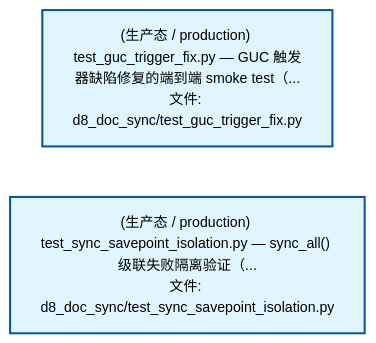
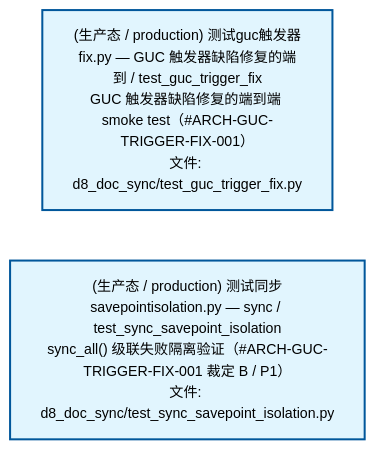
The second of 4 diagrams in docs/02_enterprise_architecture/02_domain_architecture_docs/51_d_gov_docs.md (xuanFelixVan/ZephyrAlpha), drawn with Mermaid before and after one commit. The commit also changed other lines of this file and 60 other files, not shown here.

````diff
--- a/docs/02_enterprise_architecture/02_domain_architecture_docs/51_d_gov_docs.md
+++ b/docs/02_enterprise_architecture/02_domain_architecture_docs/51_d_gov_docs.md
@@ -119,12 +119,12 @@
 ```mermaid
 %%{init: {'theme': 'base', 'themeVariables': {'primaryColor': '#eaeaea', 'primaryTextColor': '#333333', 'primaryBorderColor': '#666666', 'lineColor': '#666666', 'secondaryColor': '#eaeaea', 'tertiaryColor': '#eaeaea', 'fontSize': '14px'}}}%%
 flowchart TD
-    tests_governance_d8_doc_sync_test_guc_trigger_fix_py["(生产态 / production) test_guc_trigger_fix.py — GUC 触发器缺陷修复的端到端 smoke test（...<br/>文件: d8_doc_sync/test_guc_trigger_fix.py"]
-    tests_governance_d8_doc_sync_test_sync_savepoint_isolation_py["(生产态 / production) test_sync_savepoint_isolation.py — sync_all() 级联失败隔离验证（...<br/>文件: d8_doc_sync/test_sync_savepoint_isolation.py"]
+    tests_governance_d8_doc_sync_test_guc_trigger_fix_py["(生产态 / production) 测试guc触发器fix.py — GUC 触发器缺陷修复的端到 / test_guc_trigger_fix<br/>GUC 触发器缺陷修复的端到端 smoke test（#ARCH-GUC-TRIGGER-FIX-001）<br/>文件: d8_doc_sync/test_guc_trigger_fix.py"]
+    tests_governance_d8_doc_sync_test_sync_savepoint_isolation_py["(生产态 / production) 测试同步savepointisolation.py — sync / test_sync_savepoint_isolation<br/>sync_all() 级联失败隔离验证（#ARCH-GUC-TRIGGER-FIX-001 裁定 B / P1）<br/>文件: d8_doc_sync/test_sync_savepoint_isolation.py"]
     tests_governance_d8_doc_sync_test_guc_trigger_fix_py ~~~ tests_governance_d8_doc_sync_test_sync_savepoint_isolation_py
     classDef production fill:#e1f5fe,stroke:#01579b,stroke-width:2px,color:#000
     classDef design fill:#fff3e0,stroke:#e65100,stroke-width:2px,color:#000,stroke-dasharray: 5 5
     classDef external_prod fill:#e8f4fd,stroke:#0277bd,stroke-width:1px,color:#000
     classDef external_design fill:#fff8e7,stroke:#ef6c00,stroke-width:1px,color:#000,stroke-dasharray: 5 5
     class tests_governance_d8_doc_sync_test_guc_trigger_fix_py,tests_governance_d8_doc_sync_test_sync_savepoint_isolation_py production
 ```
````
